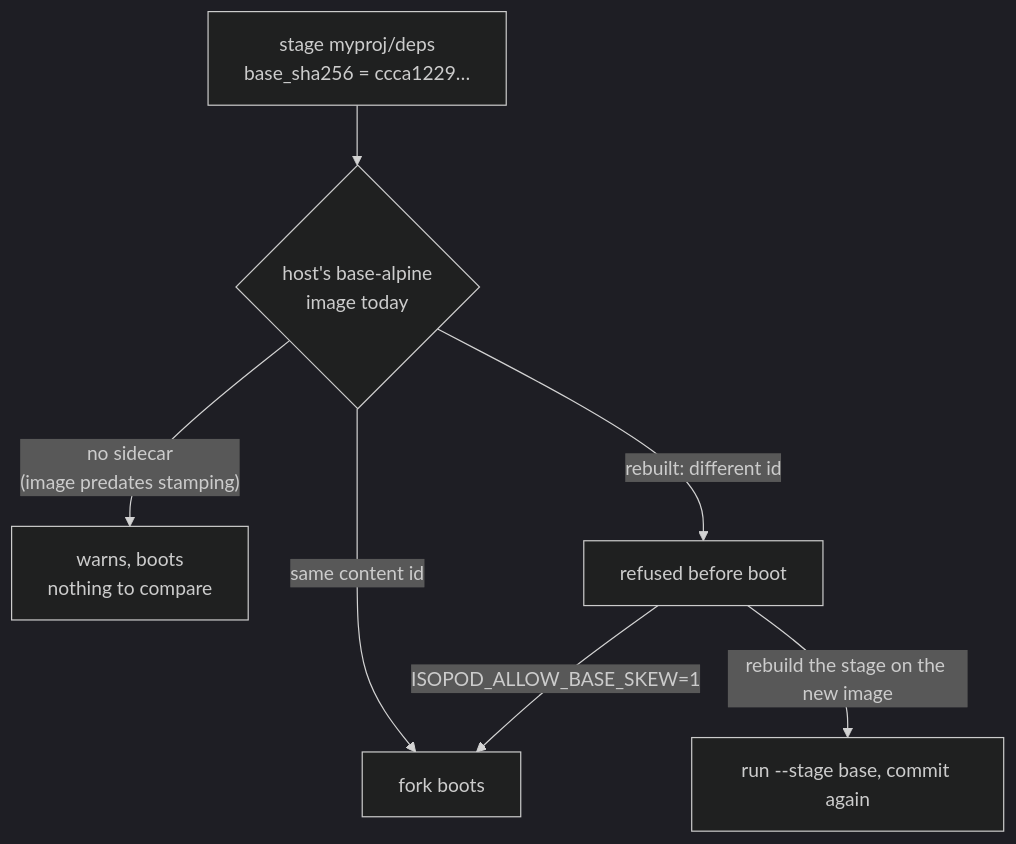
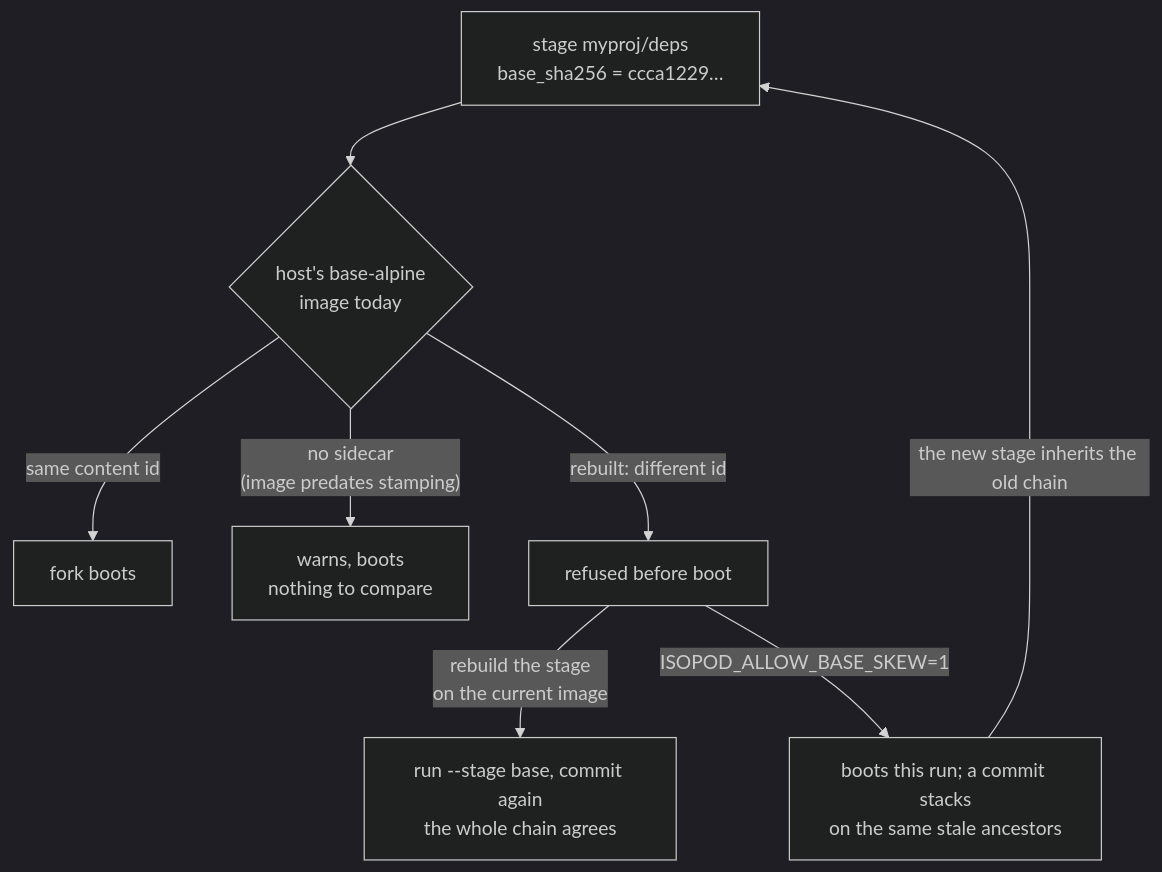
Before and after one commit to me1iissa/isopod: the fourth of 5 diagrams in docs/getting-started.md, drawn with Mermaid (dark theme). The commit also changed other lines of this file and 2 other files, not shown here.

First line of the commit message:
docs(stage): the skew override is an escape for a run, not a rebase

````diff
--- a/docs/getting-started.md
+++ b/docs/getting-started.md
@@ -400,10 +400,11 @@
 ```mermaid
 flowchart TB
     S["stage myproj/deps<br/>base_sha256 = ccca1229…"]
     S --> Q{"host's base-alpine<br/>image today"}
     Q -->|"same content id"| RUN["fork boots"]
     Q -->|"no sidecar<br/>(image predates stamping)"| WARN["warns, boots<br/>nothing to compare"]
     Q -->|"rebuilt: different id"| REFUSE["refused before boot"]
-    REFUSE -->|"rebuild the stage on the new image"| FRESH["run --stage base, commit again"]
-    REFUSE -->|"ISOPOD_ALLOW_BASE_SKEW=1"| RUN
+    REFUSE -->|"rebuild the stage<br/>on the current image"| FRESH["run --stage base, commit again<br/>the whole chain agrees"]
+    REFUSE -->|"ISOPOD_ALLOW_BASE_SKEW=1"| SKEW["boots this run; a commit stacks<br/>on the same stale ancestors"]
+    SKEW -->|"the new stage inherits the old chain"| S
 ```
````
